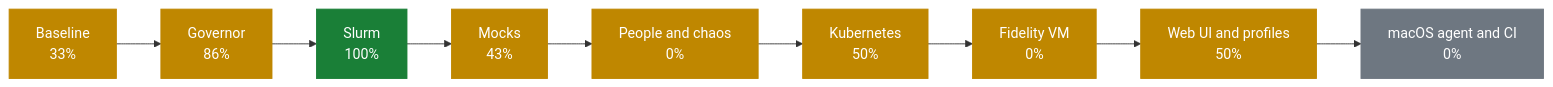
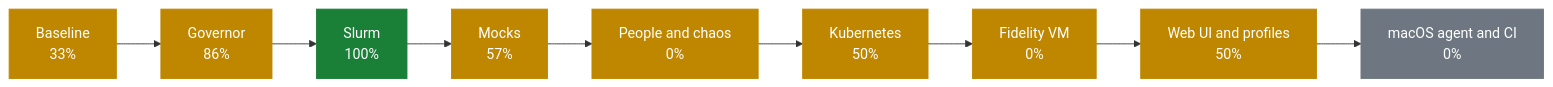
The first of 2 diagrams in docs/PROGRESS.md (AhmedYousriSobhi/workbench), drawn with Mermaid before and after one commit. The commit also changed other lines of this file and 10 other files, not shown here.

````diff
--- a/docs/PROGRESS.md
+++ b/docs/PROGRESS.md
@@ -10,17 +10,17 @@
 ```mermaid
 flowchart LR
     p0["Baseline<br/>33%"]:::partial
     p1["Governor<br/>86%"]:::partial
     p2["Slurm<br/>100%"]:::done
-    p3["Mocks<br/>43%"]:::partial
+    p3["Mocks<br/>57%"]:::partial
     p4["People and chaos<br/>0%"]:::partial
     p5["Kubernetes<br/>50%"]:::partial
     p6["Fidelity VM<br/>0%"]:::partial
     p7["Web UI and profiles<br/>50%"]:::partial
     p8["macOS agent and CI<br/>0%"]:::todo
     p0 --> p1 --> p2 --> p3 --> p4 --> p5 --> p6 --> p7 --> p8
     classDef done fill:#1a7f37,stroke:#1a7f37,color:#fff
     classDef review fill:#0969da,stroke:#0969da,color:#fff
     classDef partial fill:#bf8700,stroke:#bf8700,color:#fff
     classDef todo fill:#6e7781,stroke:#6e7781,color:#fff
 ```
````
